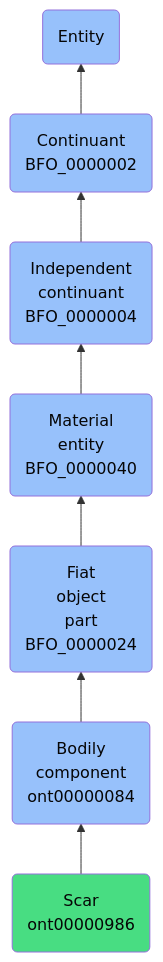
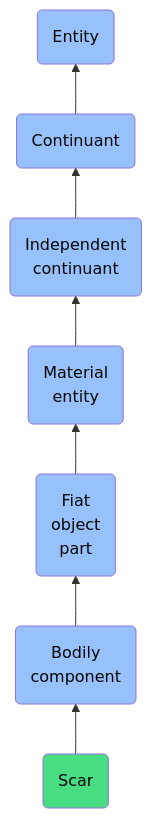
Before and after one commit to jupyter-naas/abi: the diagram in docs/ontology/reference/model/Entity/Continuant/Independent continuant/Material entity/Fiat object part/Bodily component/Scar/Scar.md, drawn with Mermaid. The commit also changed other lines of this file and 1430 other files, not shown here.

````diff
--- a/docs/ontology/reference/model/Entity/Continuant/Independent continuant/Material entity/Fiat object part/Bodily component/Scar/Scar.md
+++ b/docs/ontology/reference/model/Entity/Continuant/Independent continuant/Material entity/Fiat object part/Bodily component/Scar/Scar.md
@@ -24,14 +24,14 @@
 ```mermaid
 graph BT
-    ont00000986(Scar<br>ont00000986):::ABI-->ont00000084
-    ont00000084(Bodily<br>component<br>ont00000084):::BFO-->BFO_0000024
-    BFO_0000024(Fiat<br>object<br>part<br>BFO_0000024):::BFO-->BFO_0000040
-    BFO_0000040(Material<br>entity<br>BFO_0000040):::BFO-->BFO_0000004
-    BFO_0000004(Independent<br>continuant<br>BFO_0000004):::BFO-->BFO_0000002
-    BFO_0000002(Continuant<br>BFO_0000002):::BFO-->BFO_0000001
+    ont00000986(Scar):::ABI-->ont00000084
+    ont00000084(Bodily<br>component):::BFO-->BFO_0000024
+    BFO_0000024(Fiat<br>object<br>part):::BFO-->BFO_0000040
+    BFO_0000040(Material<br>entity):::BFO-->BFO_0000004
+    BFO_0000004(Independent<br>continuant):::BFO-->BFO_0000002
+    BFO_0000002(Continuant):::BFO-->BFO_0000001
     BFO_0000001(Entity):::BFO
     
     classDef BFO fill:#97c1fb,color:#060606
     classDef CCO fill:#e4c51e,color:#060606
     classDef ABI fill:#48DD82,color:#060606
 ```
````
